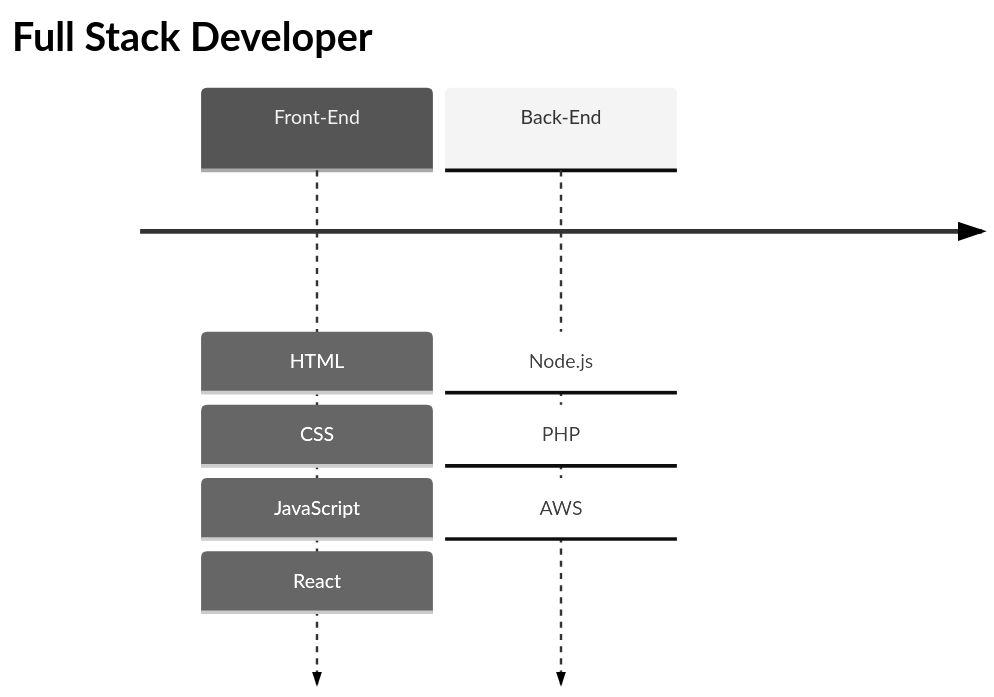
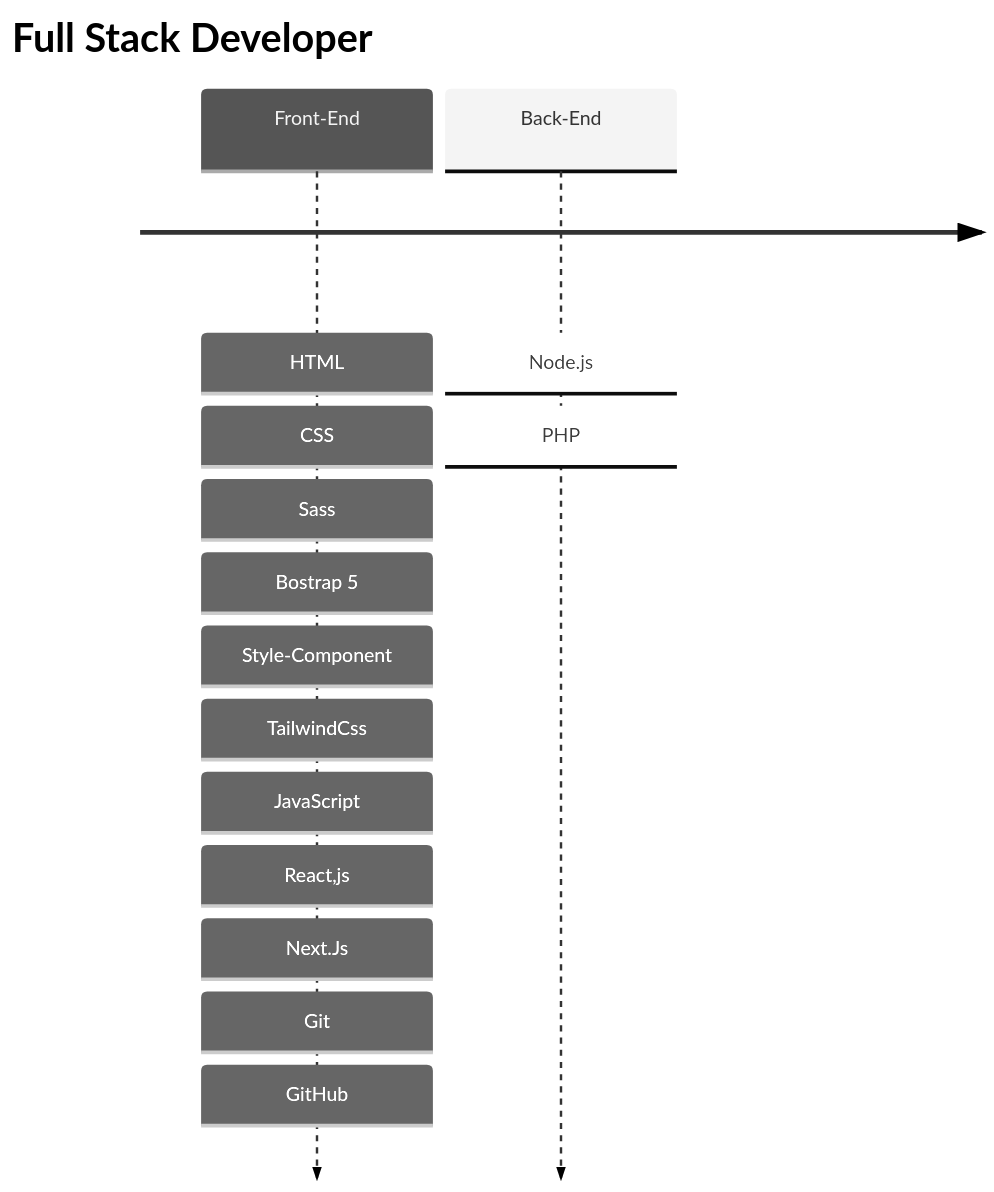
Before and after one commit to Marttify/Aguilar1998: the diagram in README.md, drawn with Mermaid (neutral theme). The commit also changed other lines of this file, not shown here.

````diff
--- a/README.md
+++ b/README.md
@@ -10,6 +7,6 @@
 ``` mermaid
 timeline
-    title Full Stack Developer 
-    Front-End : HTML: CSS: JavaScript: React 
-    Back-End : Node.js : PHP : AWS 
+   title Full Stack Developer 
+   Front-End : HTML: CSS: Sass: Bostrap 5: Style-Component: TailwindCss: JavaScript: React,js: Next.Js: Git: GitHub 
+   Back-End : Node.js : PHP 
 ```
````
